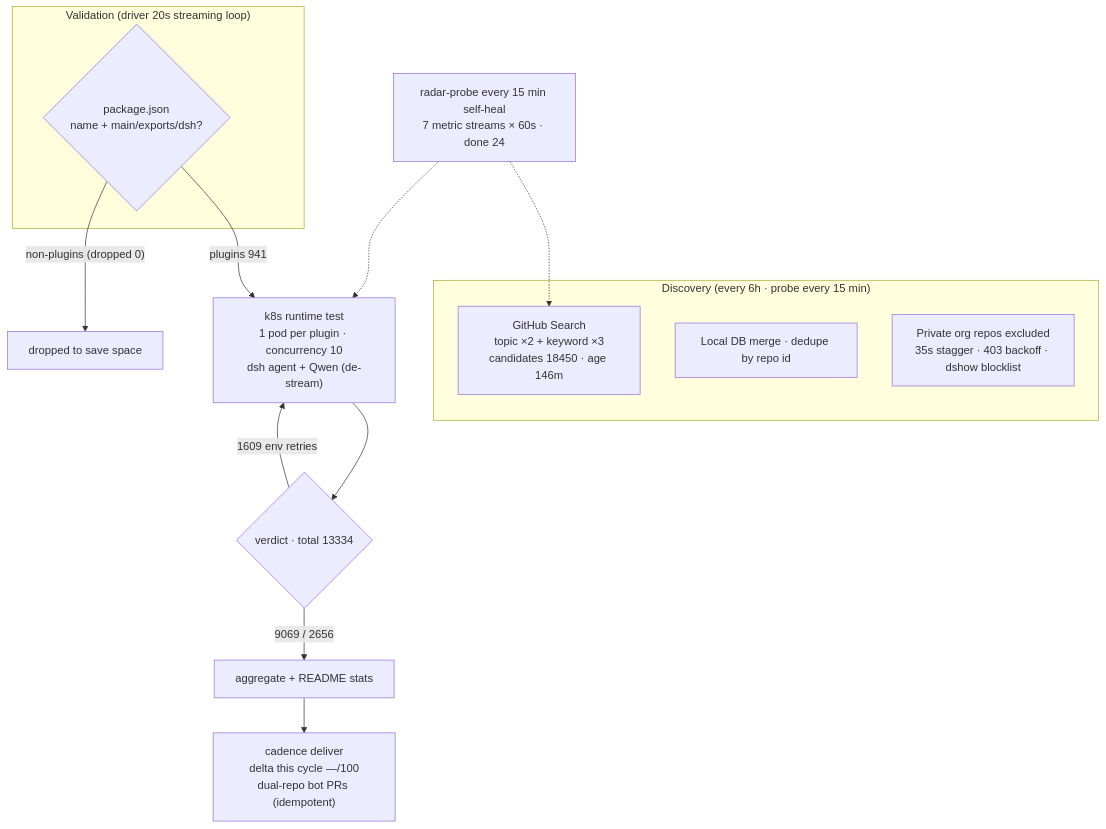
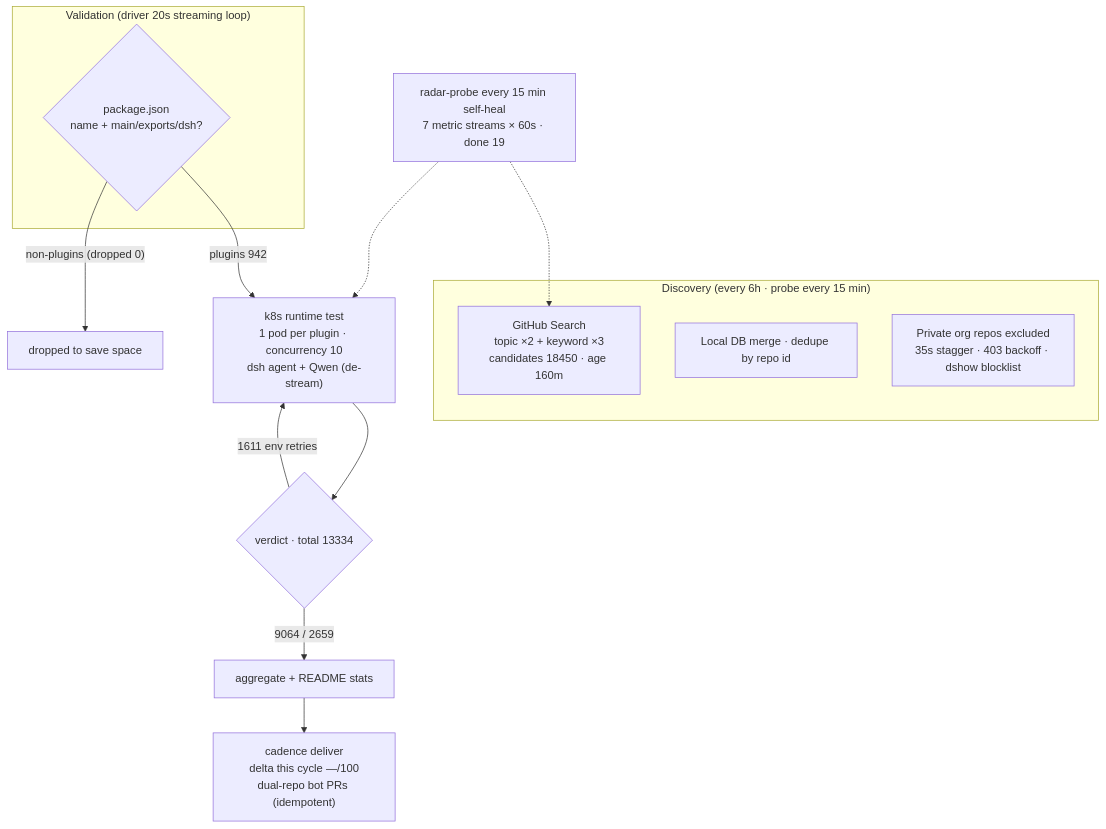
The diagram in README.en-US.md (AdamPlatin123/awesome-dsh-plugins), drawn with Mermaid before and after one commit. The commit also changed other lines of this file and 10 other files, not shown here.

````diff
--- a/README.en-US.md
+++ b/README.en-US.md
@@ -45,20 +45,20 @@
 ```mermaid
 flowchart TB
     subgraph Discovery["Discovery (every 6h · probe every 15 min)"]
-        A1["GitHub Search<br/>topic ×2 + keyword ×3<br/>candidates 18450 · age 146m"]
+        A1["GitHub Search<br/>topic ×2 + keyword ×3<br/>candidates 18450 · age 160m"]
         A2["Local DB merge · dedupe by repo id"]
         A3["Private org repos excluded<br/>35s stagger · 403 backoff · dshow blocklist"]
     end
     subgraph Validation["Validation (driver 20s streaming loop)"]
         B1{"package.json<br/>name + main/exports/dsh?"}
     end
-    B1 -->|"plugins 941"| C1["k8s runtime test<br/>1 pod per plugin · concurrency 10<br/>dsh agent + Qwen (de-stream)"]
+    B1 -->|"plugins 942"| C1["k8s runtime test<br/>1 pod per plugin · concurrency 10<br/>dsh agent + Qwen (de-stream)"]
     B1 -->|"non-plugins (dropped 0)"| B3["dropped to save space"]
     C1 --> D1{"verdict · total 13334"}
-    D1 -->|"9069 / 2656"| E1["aggregate + README stats"]
-    D1 -->|"1609 env retries"| C1
+    D1 -->|"9064 / 2659"| E1["aggregate + README stats"]
+    D1 -->|"1611 env retries"| C1
     E1 --> E2["cadence deliver<br/>delta this cycle —/100<br/>dual-repo bot PRs (idempotent)"]
-    M["radar-probe every 15 min self-heal<br/>7 metric streams × 60s · done 24"]
+    M["radar-probe every 15 min self-heal<br/>7 metric streams × 60s · done 19"]
     M -.-> A1
     M -.-> C1
 ```
````
